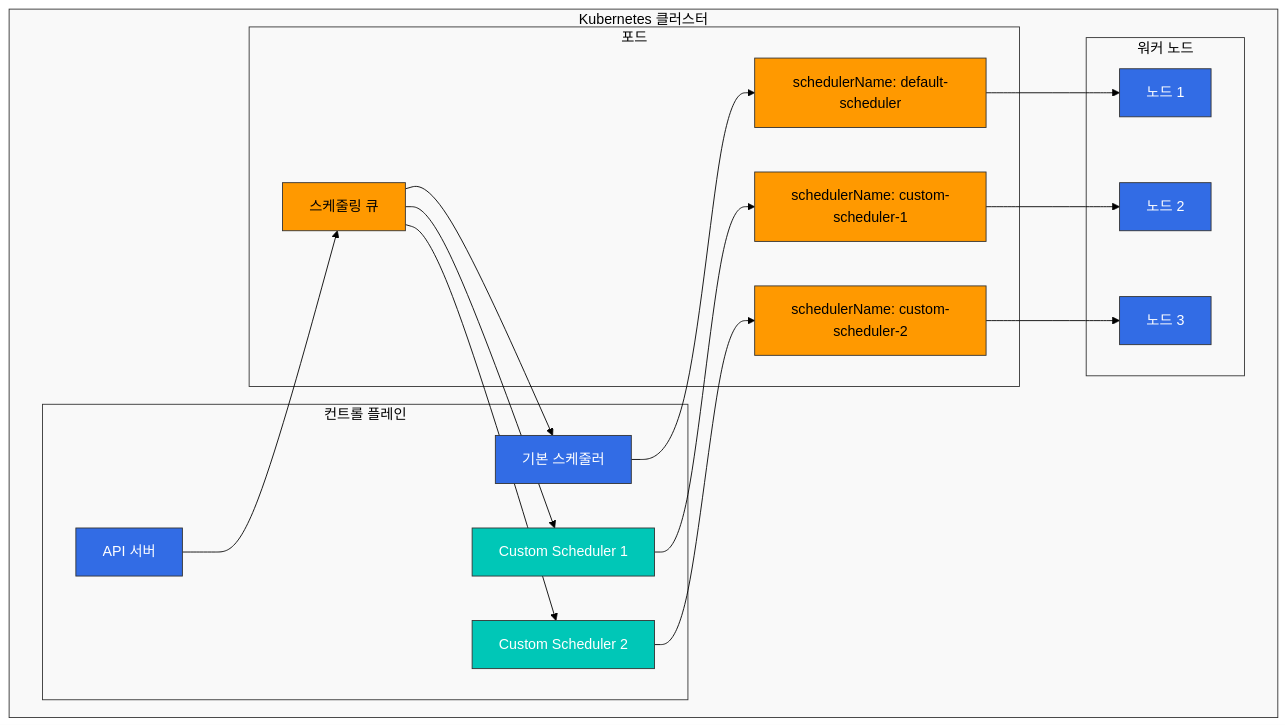
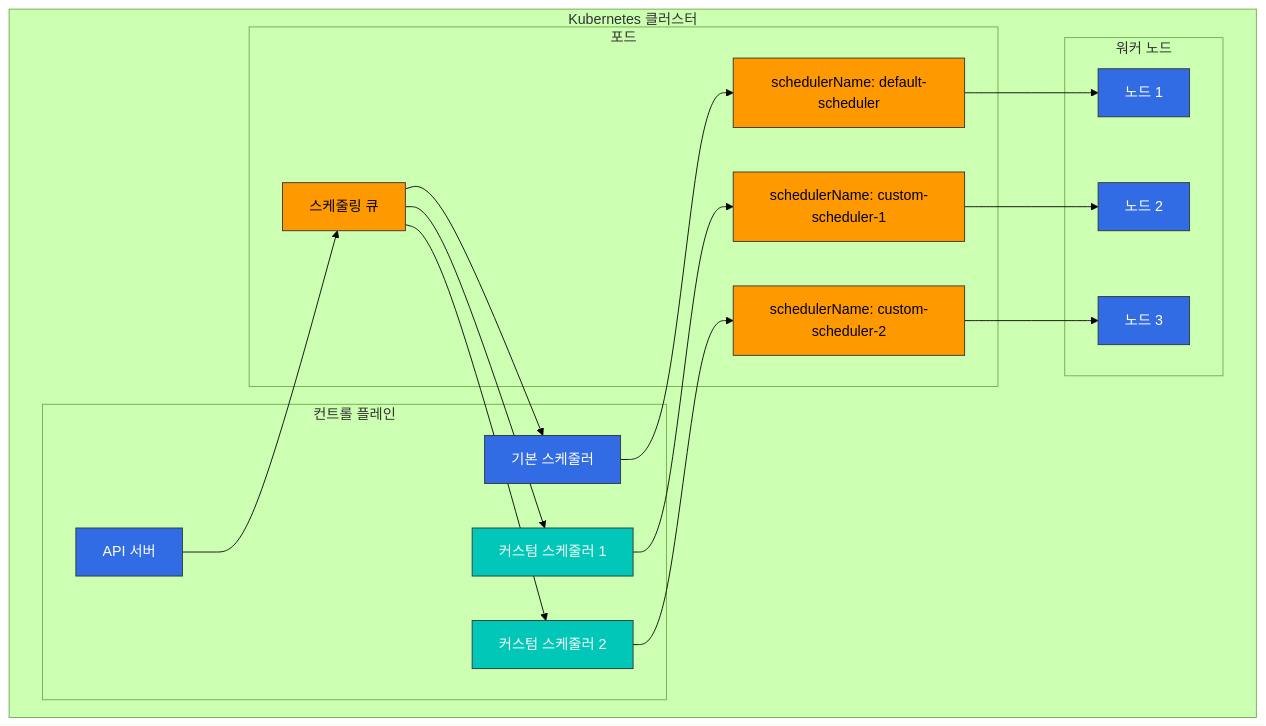
The second of 3 diagrams in advanced/02-custom-scheduler-part1.md (Atom-oh/kubernetes-docs), drawn with Mermaid (forest theme) before and after one commit. The commit also changed other lines of this file and 2 other files, not shown here.

Commit message:
Fix mermaid diagrams by removing style applications from subgraphs

````diff
--- a/advanced/02-custom-scheduler-part1.md
+++ b/advanced/02-custom-scheduler-part1.md
@@ -77,47 +77,45 @@
 ```mermaid
 flowchart TD
     subgraph K8sCluster [Kubernetes 클러스터]
         subgraph ControlPlane [컨트롤 플레인]
             APIServer[API 서버]
             DefaultScheduler[기본 스케줄러]
-            CustomScheduler1[Custom Scheduler 1]
-            CustomScheduler2[Custom Scheduler 2]
+            CustomScheduler1[커스텀 스케줄러 1]
+            CustomScheduler2[커스텀 스케줄러 2]
         end
         
         subgraph Nodes [워커 노드]
             Node1[노드 1]
             Node2[노드 2]
             Node3[노드 3]
         end
         
         subgraph Pods [포드]
             Pod1[schedulerName: default-scheduler]
             Pod2[schedulerName: custom-scheduler-1]
             Pod3[schedulerName: custom-scheduler-2]
             PodQueue[스케줄링 큐]
         end
     end
     
     APIServer --> PodQueue
     PodQueue --> DefaultScheduler
     PodQueue --> CustomScheduler1
     PodQueue --> CustomScheduler2
     
     DefaultScheduler --> Pod1
     CustomScheduler1 --> Pod2
     CustomScheduler2 --> Pod3
     
     Pod1 --> Node1
     Pod2 --> Node2
     Pod3 --> Node3
     
     classDef k8sComponent fill:#326CE5,stroke:#333,stroke-width:1px,color:white;
     classDef customComponent fill:#00C7B7,stroke:#333,stroke-width:1px,color:white;
     classDef podComponent fill:#FF9900,stroke:#333,stroke-width:1px,color:black;
-    classDef default fill:#f9f9f9,stroke:#333,stroke-width:1px,color:black;
     
     class APIServer,DefaultScheduler,Node1,Node2,Node3 k8sComponent;
     class CustomScheduler1,CustomScheduler2 customComponent;
     class Pod1,Pod2,Pod3,PodQueue podComponent;
-    class K8sCluster,ControlPlane,Nodes,Pods default;
 ```
````
